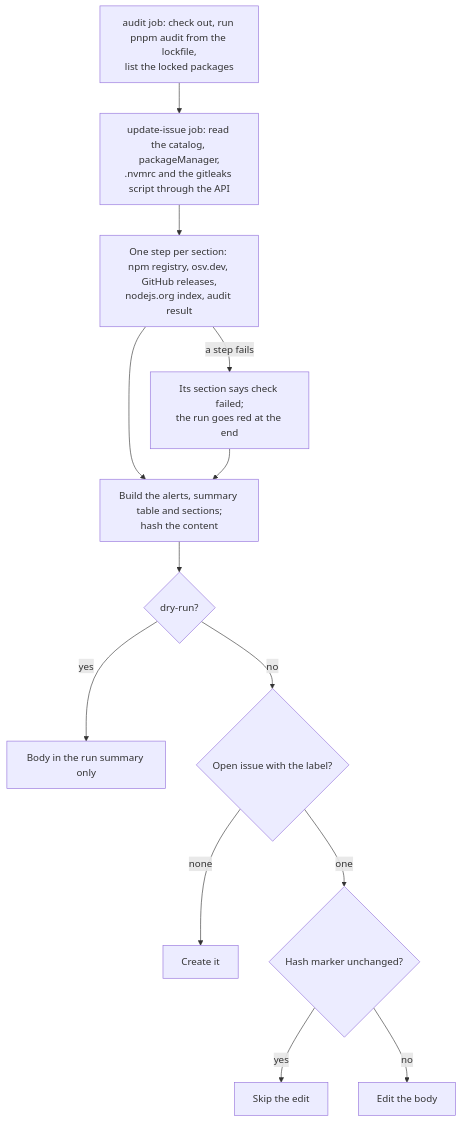
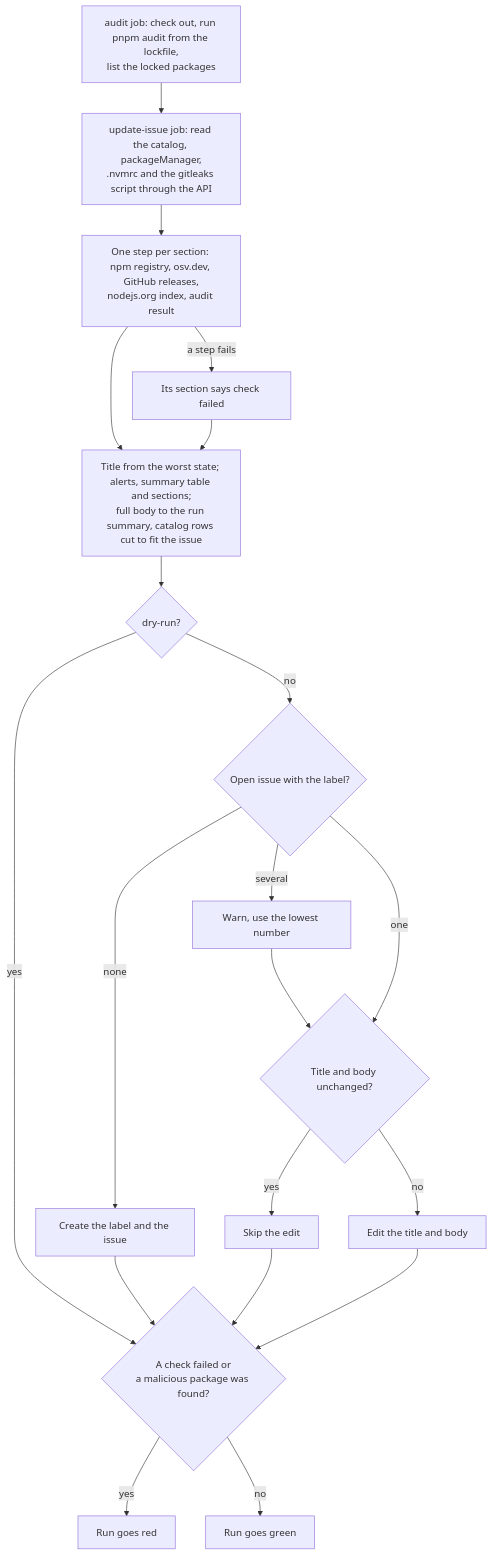
The diagram in README.md (valuecodes/automation), drawn with Mermaid before and after one commit. The commit also changed other lines of this file and 4 other files, not shown here.

First line of the commit message:
feat: run the dashboard in CI and put its state in the issue title

````diff
--- a/README.md
+++ b/README.md
@@ -54,15 +76,19 @@
 ```mermaid
 flowchart TD
     A[audit job: check out, run pnpm audit from the lockfile,<br>list the locked packages] --> B[update-issue job: read the catalog, packageManager,<br>.nvmrc and the gitleaks script through the API]
     B --> C[One step per section: npm registry, osv.dev, GitHub releases,<br>nodejs.org index, audit result]
-    C -- a step fails --> C2[Its section says check failed;<br>the run goes red at the end]
-    C --> D[Build the alerts, summary table and sections;<br>hash the content]
+    C -- a step fails --> C2[Its section says check failed]
+    C --> D[Title from the worst state; alerts, summary table and sections;<br>full body to the run summary, catalog rows cut to fit the issue]
     C2 --> D
     D --> DR{dry-run?}
-    DR -- yes --> Z2[Body in the run summary only]
+    DR -- yes --> X
     DR -- no --> E{Open issue with the label?}
-    E -- none --> F[Create it]
-    E -- one --> G{Hash marker unchanged?}
-    G -- yes --> Z[Skip the edit]
-    G -- no --> H[Edit the body]
+    E -- none --> F[Create the label and the issue] --> X
+    E -- several --> E2[Warn, use the lowest number] --> G
+    E -- one --> G{Title and body unchanged?}
+    G -- yes --> Z[Skip the edit] --> X
+    G -- no --> H[Edit the title and body] --> X
+    X{A check failed or<br>a malicious package was found?}
+    X -- yes --> R[Run goes red]
+    X -- no --> OK[Run goes green]
 ```
````
